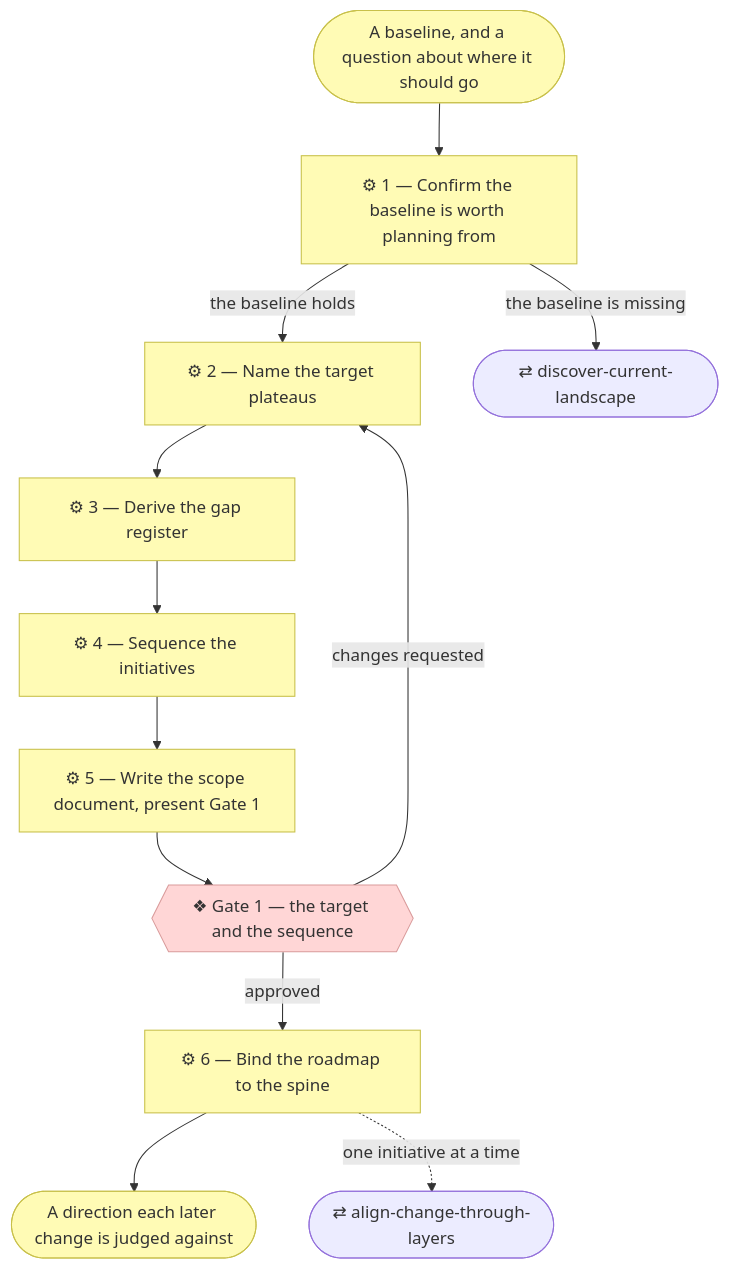
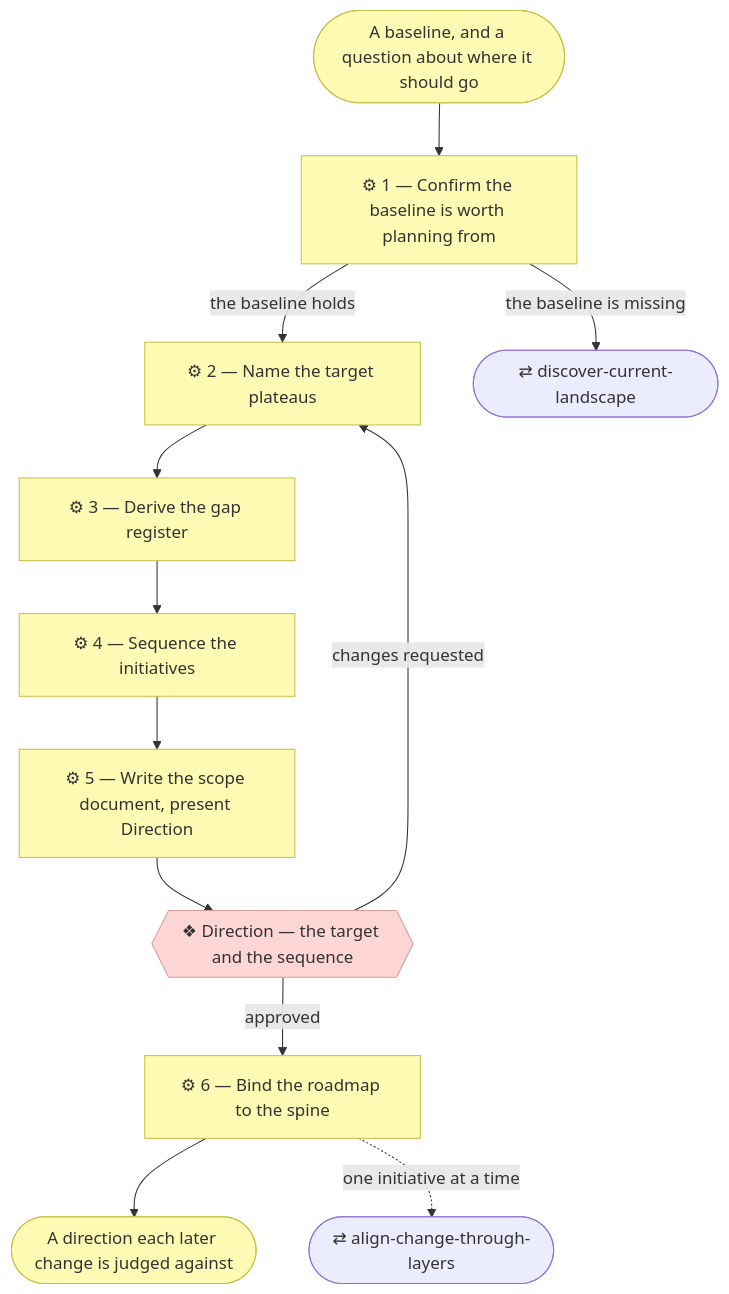
One commit to roanboc/archreator changed the diagram in plugins/archreator/skills/plan-the-transition/SKILL.md. Above: the diagram before and after it, drawn with Mermaid. The commit also changed other lines of this file and 32 other files, not shown here.

````diff
--- a/plugins/archreator/skills/plan-the-transition/SKILL.md
+++ b/plugins/archreator/skills/plan-the-transition/SKILL.md
@@ -55,26 +55,26 @@
 ```mermaid
 flowchart TD
   trig(["A baseline, and a question about where it should go"])
   s1["⚙ 1 — Confirm the baseline is worth planning from"]
   s2["⚙ 2 — Name the target plateaus"]
   s3["⚙ 3 — Derive the gap register"]
   s4["⚙ 4 — Sequence the initiatives"]
-  s5["⚙ 5 — Write the scope document, present Gate 1"]
-  g1{{"❖ Gate 1 — the target and the sequence"}}
+  s5["⚙ 5 — Write the scope document, present Direction"]
+  g1{{"❖ Direction — the target and the sequence"}}
   s6["⚙ 6 — Bind the roadmap to the spine"]
   dcl(["⇄ discover-current-landscape"])
   acl(["⇄ align-change-through-layers"])
   out(["A direction each later change is judged against"])
 
   trig --> s1
   s1 -->|the baseline is missing| dcl
   s1 -->|the baseline holds| s2 --> s3 --> s4 --> s5 --> g1
   g1 -->|changes requested| s2
   g1 -->|approved| s6 --> out
   s6 -.->|one initiative at a time| acl
 
   classDef business fill:#fffbb5,stroke:#c8c04a,color:#333
   classDef implementation fill:#ffd6d6,stroke:#d99b9b,color:#333
   class s1,s2,s3,s4,s5,s6,trig,out business
   class g1 implementation
 ```
````
